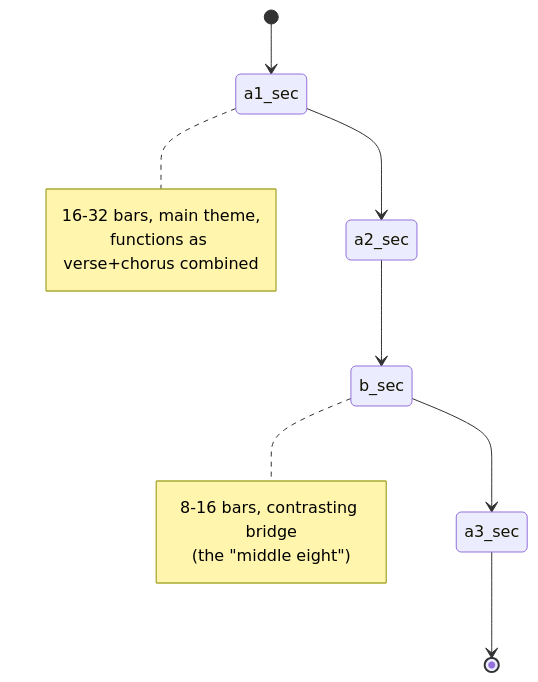
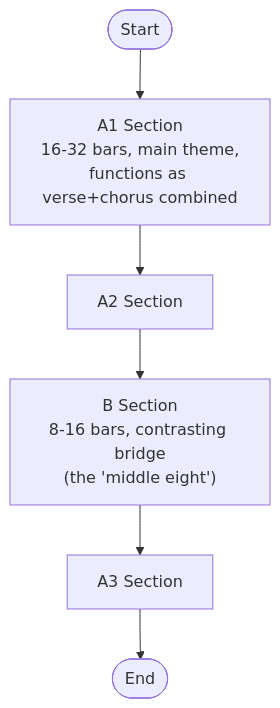
One commit to blebleblee/synapse changed the second of 2 diagrams in topics/arts/composition/songwriting/lesson_01_song_structure.md. Above: the diagram before and after it, drawn with Mermaid. The commit also changed other lines of this file and 1464 other files, not shown here.

Commit message:
feat(release): curriculum vector mermaid upgrade, render hardening, and master synpack

````diff
--- a/topics/arts/composition/songwriting/lesson_01_song_structure.md
+++ b/topics/arts/composition/songwriting/lesson_01_song_structure.md
@@ -200,18 +207,8 @@
 ```mermaid
-stateDiagram-v2
-    [*] --> a1_sec
-    a1_sec --> a2_sec
-    a2_sec --> b_sec
-    b_sec --> a3_sec
-    a3_sec --> [*]
-
-    note right of a1_sec
-        16-32 bars, main theme,
-        functions as verse+chorus combined
-    end note
-
-    note right of b_sec
-        8-16 bars, contrasting bridge
-        (the "middle eight")
-    end note
+flowchart TD
+    Start([Start]) --> A1["A1 Section<br/>16-32 bars, main theme,<br/>functions as verse+chorus combined"]
+    A1 --> A2["A2 Section"]
+    A2 --> B["B Section<br/>8-16 bars, contrasting bridge<br/>(the 'middle eight')"]
+    B --> A3["A3 Section"]
+    A3 --> End([End])
 ```
````
